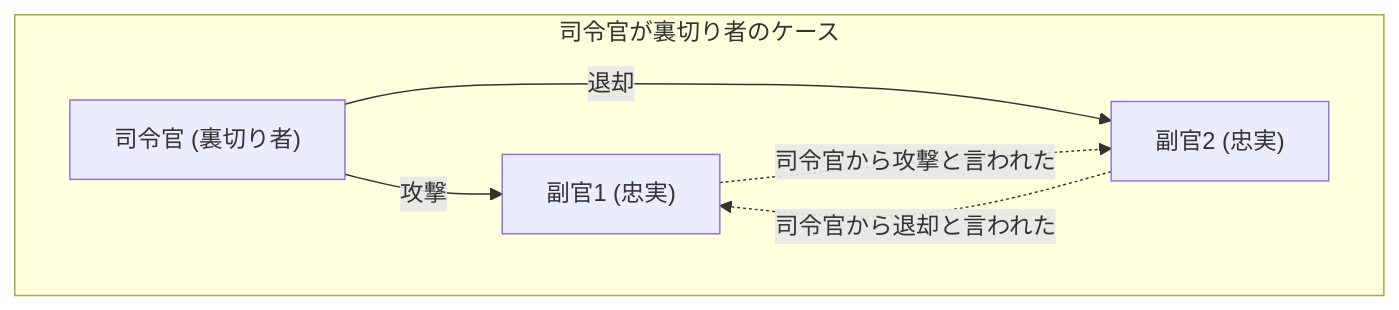
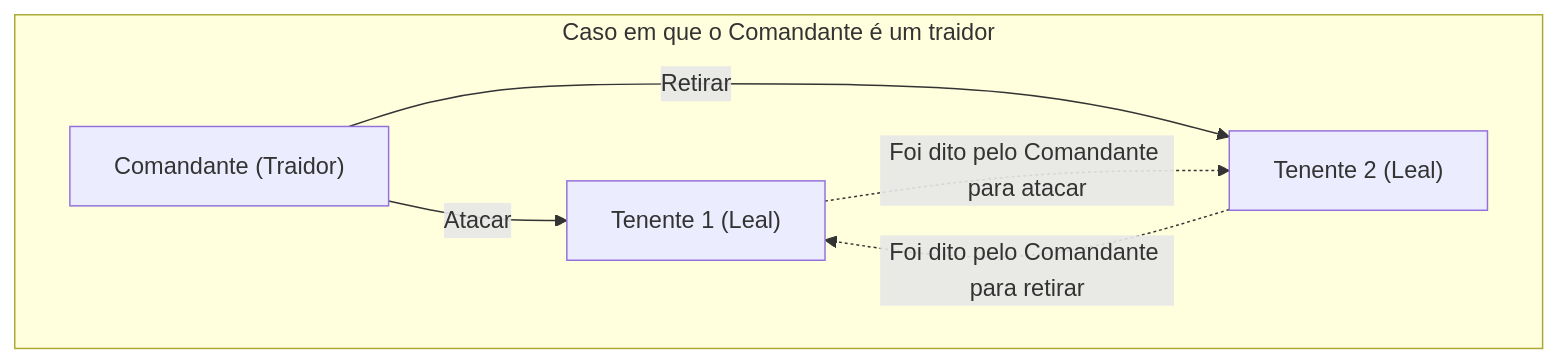
Before and after one commit to kenjinote/blog: the first of 4 diagrams in content/post/byzantine-generals-problem/index.pt.md, drawn with Mermaid. The commit also changed other lines of this file and 28 other files, not shown here.

Commit message:
Translate Japanese text inside Mermaid diagrams to respective languages

````diff
--- a/content/post/byzantine-generals-problem/index.pt.md
+++ b/content/post/byzantine-generals-problem/index.pt.md
@@ -34,9 +34,9 @@
 ```mermaid
 graph TD
-subgraph "司令官が裏切り者のケース"
-    C["司令官 (裏切り者)"] -->|"攻撃"| L1["副官1 (忠実)"]
-    C -->|"退却"| L2["副官2 (忠実)"]
-    L1 -.->|"司令官から攻撃と言われた"| L2
-    L2 -.->|"司令官から退却と言われた"| L1
+subgraph "Caso em que o Comandante é um traidor"
+    C["Comandante (Traidor)"] -->|"Atacar"| L1["Tenente 1 (Leal)"]
+    C -->|"Retirar"| L2["Tenente 2 (Leal)"]
+    L1 -.->|"Foi dito pelo Comandante para atacar"| L2
+    L2 -.->|"Foi dito pelo Comandante para retirar"| L1
 end
 ```
````
